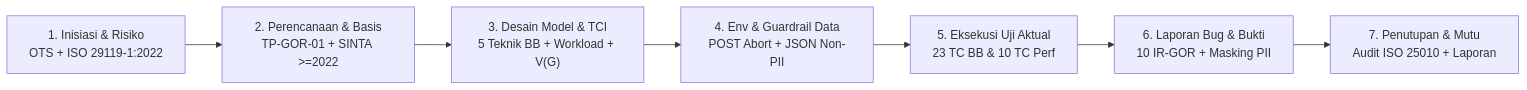
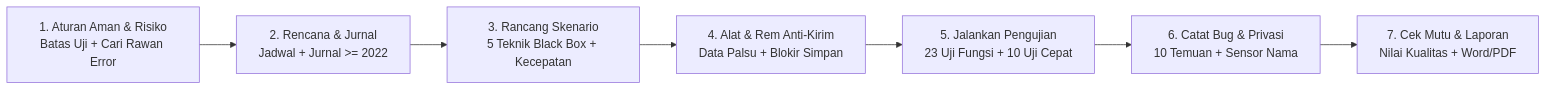
Before and after one commit to BrongSkuy/tugas-qa-testing: the diagram in README.md, drawn with Mermaid. The commit also changed other lines of this file and 8 other files, not shown here.

Commit message:
docs: sederhanakan bahasa Flow Testing, 5 Black Box, & Step-by-Step agar mudah dipahami

````diff
--- a/README.md
+++ b/README.md
@@ -40,9 +40,9 @@
 ```mermaid
 flowchart LR
-    T1["1. Inisiasi & Risiko<br/>OTS + ISO 29119-1:2022"] --> T2["2. Perencanaan & Basis<br/>TP-GOR-01 + SINTA >=2022"]
-    T2 --> T3["3. Desain Model & TCI<br/>5 Teknik BB + Workload + V(G)"]
-    T3 --> T4["4. Env & Guardrail Data<br/>POST Abort + JSON Non-PII"]
-    T4 --> T5["5. Eksekusi Uji Aktual<br/>23 TC BB & 10 TC Perf"]
-    T5 --> T6["6. Laporan Bug & Bukti<br/>10 IR-GOR + Masking PII"]
-    T6 --> T7["7. Penutupan & Mutu<br/>Audit ISO 25010 + Laporan"]
+    T1["1. Aturan Aman & Risiko<br/>Batas Uji + Cari Rawan Error"] --> T2["2. Rencana & Jurnal<br/>Jadwal + Jurnal >= 2022"]
+    T2 --> T3["3. Rancang Skenario<br/>5 Teknik Black Box + Kecepatan"]
+    T3 --> T4["4. Alat & Rem Anti-Kirim<br/>Data Palsu + Blokir Simpan"]
+    T4 --> T5["5. Jalankan Pengujian<br/>23 Uji Fungsi + 10 Uji Cepat"]
+    T5 --> T6["6. Catat Bug & Privasi<br/>10 Temuan + Sensor Nama"]
+    T6 --> T7["7. Cek Mutu & Laporan<br/>Nilai Kualitas + Word/PDF"]
 ```
````
